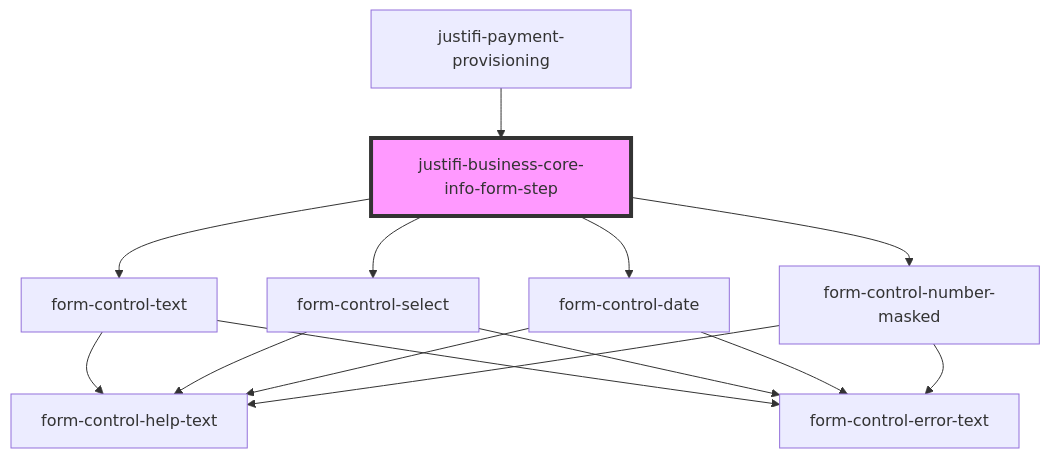
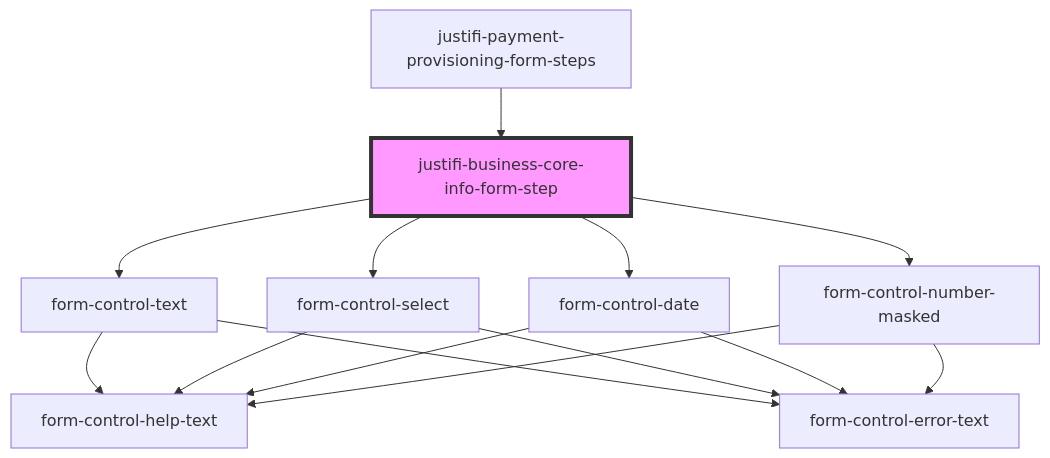
One commit to justifi-tech/web-component-library changed the diagram in packages/webcomponents/src/components/business-forms/payment-provisioning/business-core-info/readme.md. Above: the diagram before and after it, drawn with Mermaid. The commit also changed other lines of this file and 5 other files, not shown here.

````diff
--- a/packages/webcomponents/src/components/business-forms/payment-provisioning/business-core-info/readme.md
+++ b/packages/webcomponents/src/components/business-forms/payment-provisioning/business-core-info/readme.md
@@ -65,17 +65,17 @@
 ```mermaid
 graph TD;
   justifi-business-core-info-form-step --> form-control-text
   justifi-business-core-info-form-step --> form-control-select
   justifi-business-core-info-form-step --> form-control-date
   justifi-business-core-info-form-step --> form-control-number-masked
   form-control-text --> form-control-help-text
   form-control-text --> form-control-error-text
   form-control-select --> form-control-help-text
   form-control-select --> form-control-error-text
   form-control-date --> form-control-help-text
   form-control-date --> form-control-error-text
   form-control-number-masked --> form-control-help-text
   form-control-number-masked --> form-control-error-text
-  justifi-payment-provisioning --> justifi-business-core-info-form-step
+  justifi-payment-provisioning-form-steps --> justifi-business-core-info-form-step
   style justifi-business-core-info-form-step fill:#f9f,stroke:#333,stroke-width:4px
 ```
````
